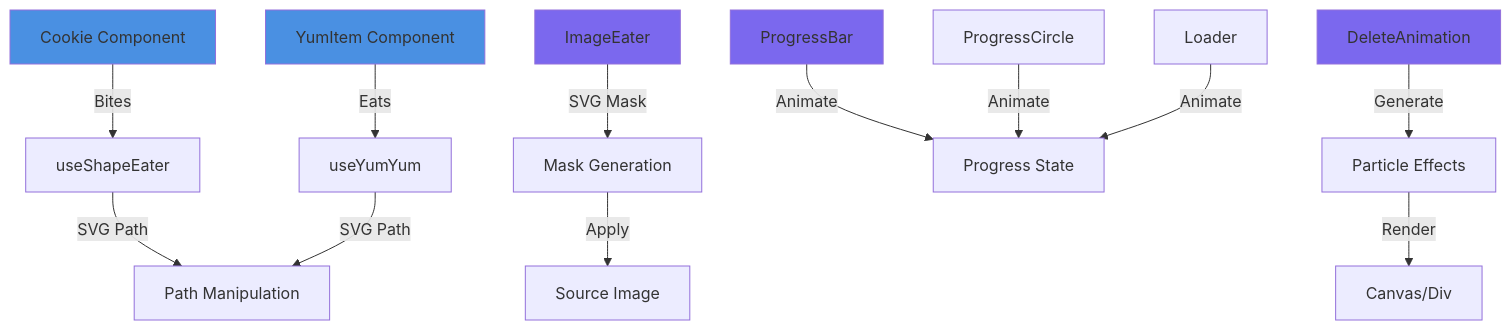
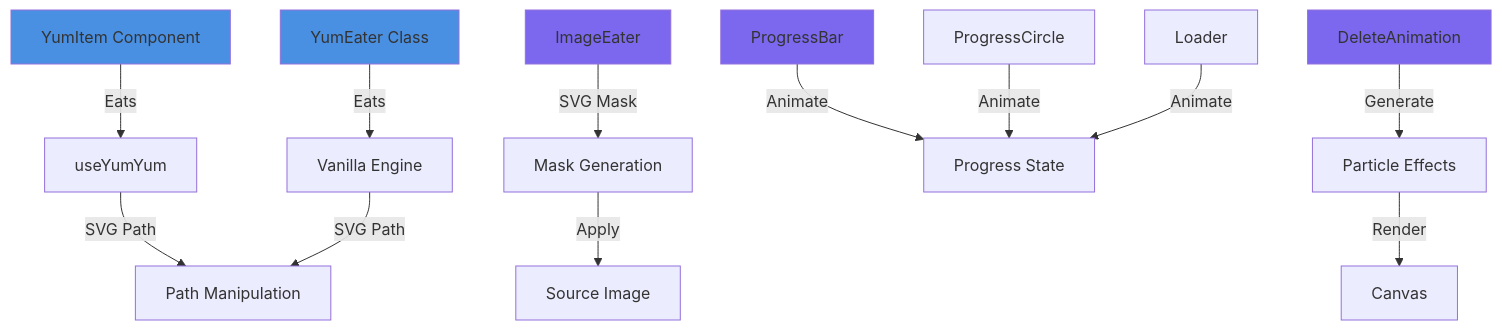
One commit to zachshallbetter/snacking changed the second of 2 diagrams in docs/README.md. Above: the diagram before and after it, drawn with Mermaid. The commit also changed other lines of this file and 8 other files, not shown here.

````diff
--- a/docs/README.md
+++ b/docs/README.md
@@ -47,24 +50,24 @@
 ```mermaid
 graph TD
-    Cookie[Cookie Component] -->|Bites| ShapeEater[useShapeEater]
     YumItem[YumItem Component] -->|Eats| YumYum[useYumYum]
+    YumEater[YumEater Class] -->|Eats| VanillaEngine[Vanilla Engine]
     
-    ShapeEater -->|SVG Path| Path[Path Manipulation]
-    YumYum -->|SVG Path| Path
+    YumYum -->|SVG Path| Path[Path Manipulation]
+    VanillaEngine -->|SVG Path| Path
     
     ImageEater[ImageEater] -->|SVG Mask| Mask[Mask Generation]
     Mask -->|Apply| Image[Source Image]
     
     ProgressBar -->|Animate| Progress[Progress State]
     ProgressCircle -->|Animate| Progress
     Loader -->|Animate| Progress
     
     DeleteAnimation -->|Generate| Particles[Particle Effects]
-    Particles -->|Render| Canvas[Canvas/Div]
+    Particles -->|Render| Canvas[Canvas]
     
-    style Cookie fill:#4a90e2
     style YumItem fill:#4a90e2
+    style YumEater fill:#4a90e2
     style ImageEater fill:#7b68ee
     style ProgressBar fill:#7b68ee
     style DeleteAnimation fill:#7b68ee
 ```
````
